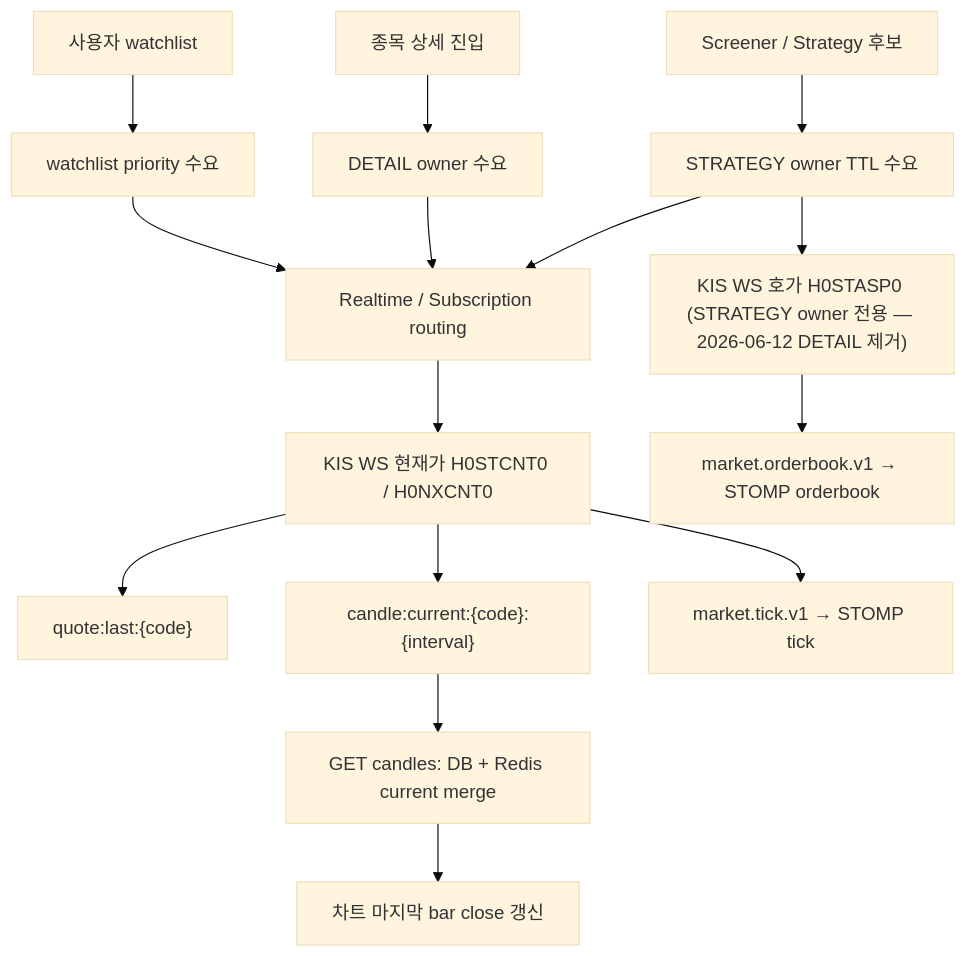
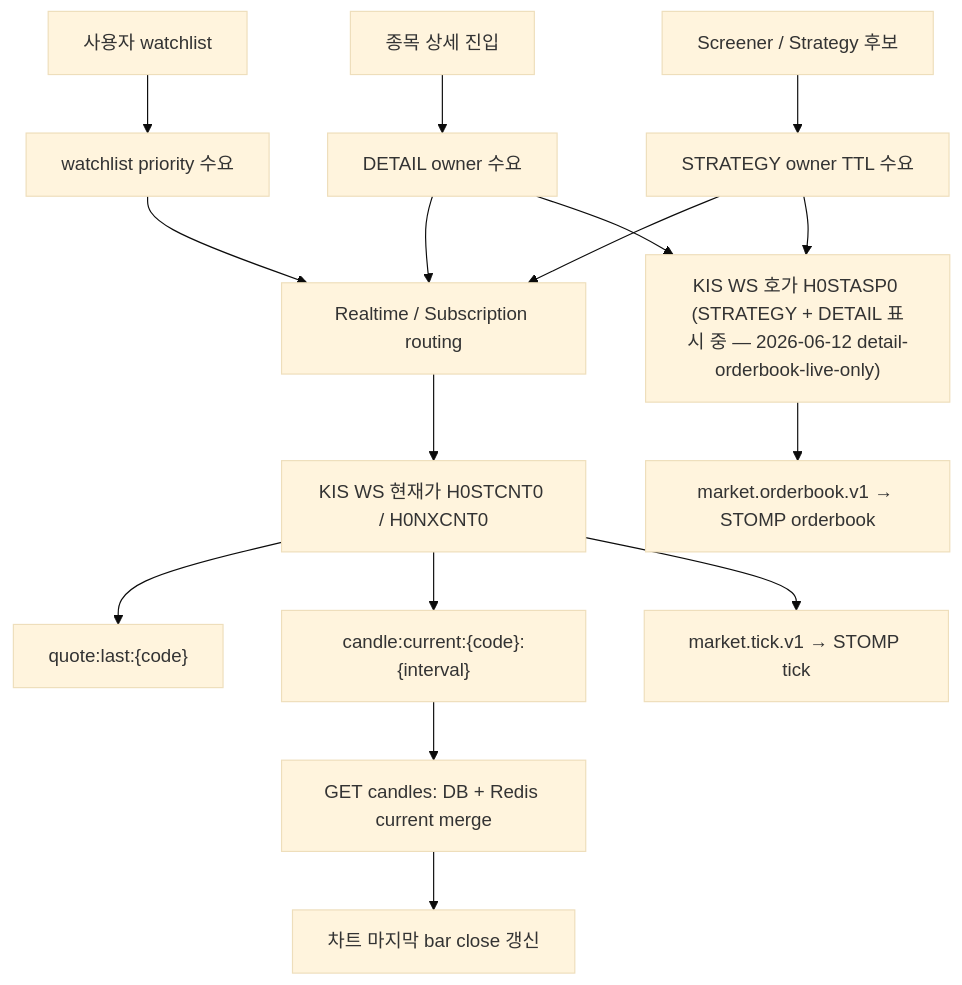
Before and after one commit to sp-daewoon/magicJar: the second of 4 diagrams in docs/architecture/candle-data-policy-v2.md, drawn with Mermaid (base theme). The commit also changed other lines of this file and 9 other files, not shown here.

````diff
--- a/docs/architecture/candle-data-policy-v2.md
+++ b/docs/architecture/candle-data-policy-v2.md
@@ -177,21 +179,22 @@
 ```mermaid
 flowchart TD
     A["사용자 watchlist"] --> B["watchlist priority 수요"]
     D["종목 상세 진입"] --> E["DETAIL owner 수요"]
     S["Screener / Strategy 후보"] --> F["STRATEGY owner TTL 수요"]
 
     B --> R["Realtime / Subscription routing"]
     E --> R
     F --> R
 
     R --> K["KIS WS 현재가 H0STCNT0 / H0NXCNT0"]
-    F --> O["KIS WS 호가 H0STASP0 (STRATEGY owner 전용 — 2026-06-12 DETAIL 제거)"]
+    F --> O["KIS WS 호가 H0STASP0 (STRATEGY + DETAIL 표시 중 — 2026-06-12 detail-orderbook-live-only)"]
+    E --> O
 
     K --> Q["quote:last:{code}"]
     K --> C["candle:current:{code}:{interval}"]
     K --> T["market.tick.v1 → STOMP tick"]
 
     C --> API["GET candles: DB + Redis current merge"]
     API --> UI["차트 마지막 bar close 갱신"]
     O --> OB["market.orderbook.v1 → STOMP orderbook"]
 ```
````
